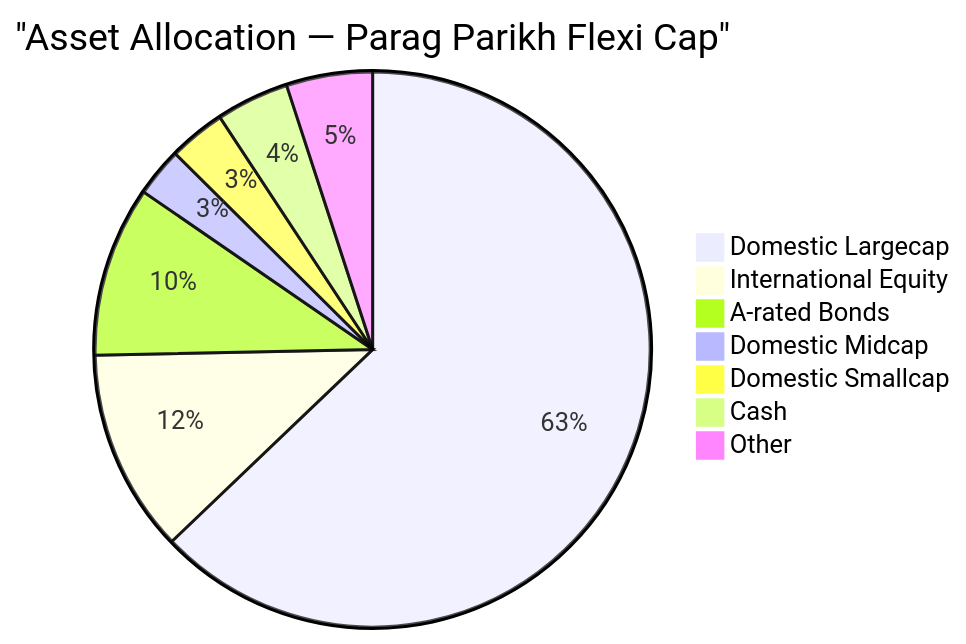
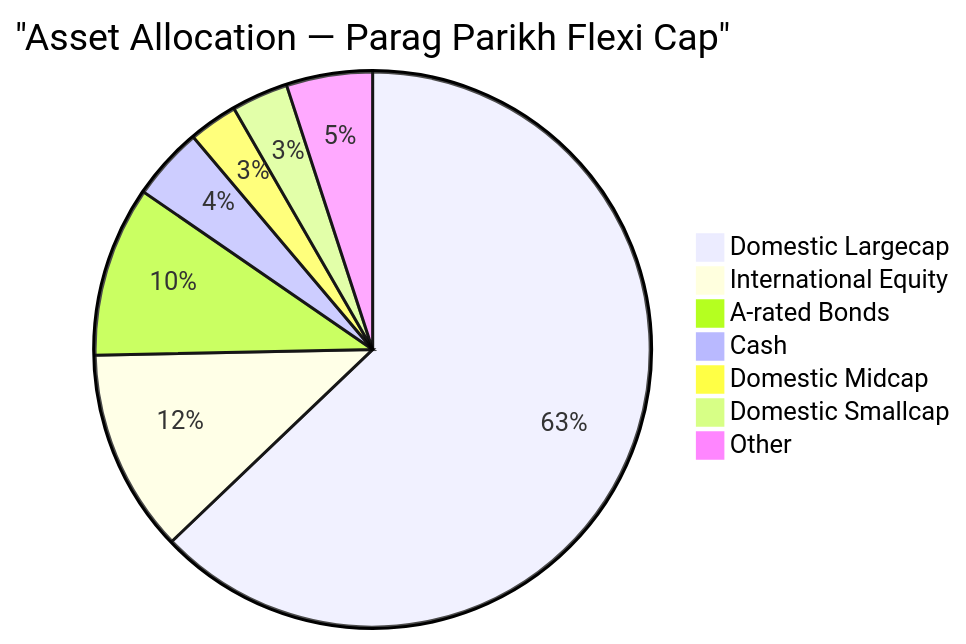
One commit to mayankutkarsh334/Investment changed the third of 14 diagrams in Mutual Fund/FlexiCap/funds/parag_parikh/module3_portfolio.md. Above: the diagram before and after it, drawn with Mermaid. The commit also changed other lines of this file and 4 other files, not shown here.

````diff
--- a/Mutual Fund/FlexiCap/funds/parag_parikh/module3_portfolio.md
+++ b/Mutual Fund/FlexiCap/funds/parag_parikh/module3_portfolio.md
@@ -9,10 +55,10 @@
 ```mermaid
 pie title "Asset Allocation — Parag Parikh Flexi Cap"
     "Domestic Largecap" : 62.86
     "International Equity" : 11.81
     "A-rated Bonds" : 9.92
+    "Cash" : 4.25
     "Domestic Midcap" : 2.85
     "Domestic Smallcap" : 3.30
-    "Cash" : 4.25
     "Other" : 5.01
 ```
````
